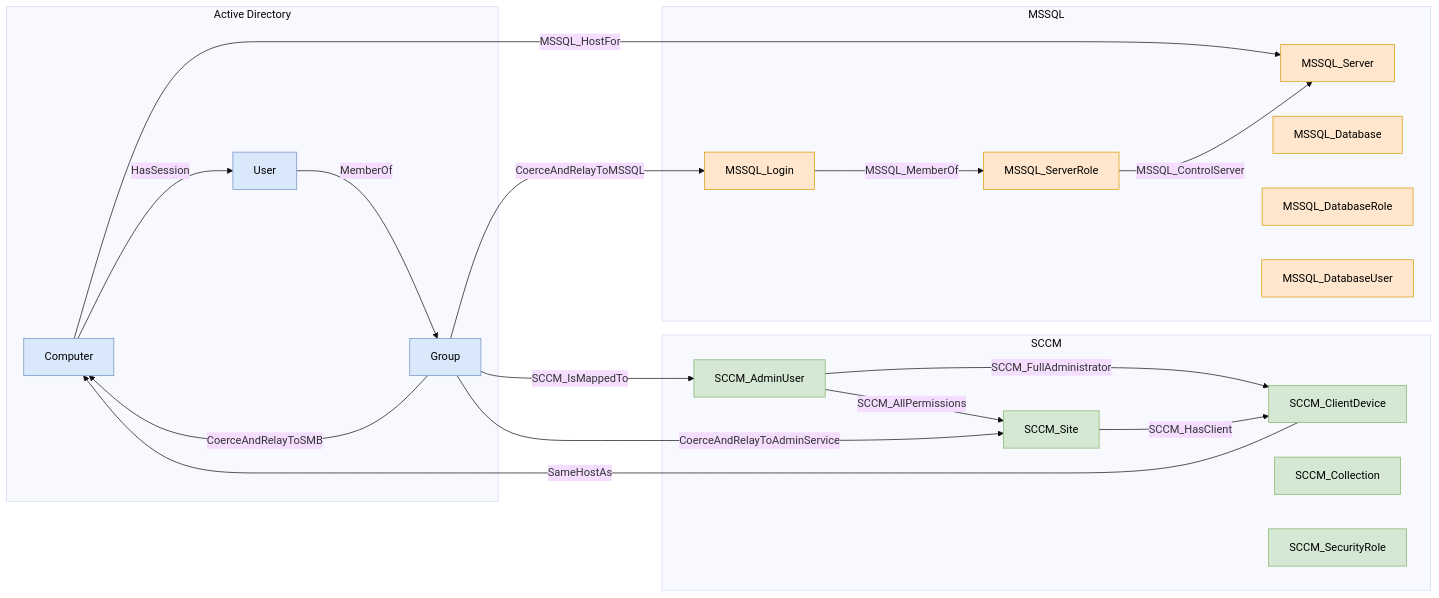
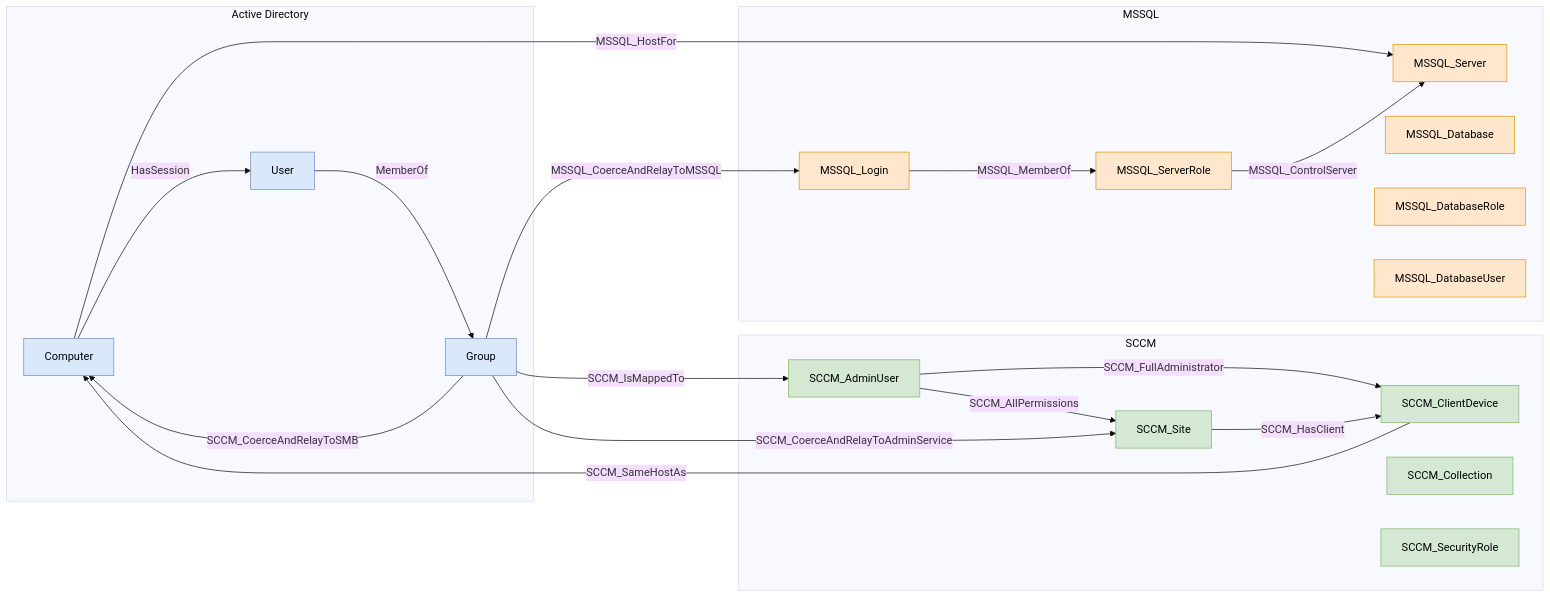
The second of 3 diagrams in sccm/sccm/README.md (Mayyhem/OpenHound), drawn with Mermaid (base theme) before and after one commit. The commit also changed other lines of this file and 60 other files, not shown here.

````diff
--- a/sccm/sccm/README.md
+++ b/sccm/sccm/README.md
@@ -527,43 +528,43 @@
 ```mermaid
 flowchart LR
     subgraph AD["Active Directory"]
         Computer
         User
         Group
     end
     subgraph SCCM["SCCM"]
         SCCM_Site
         SCCM_ClientDevice
         SCCM_Collection
         SCCM_AdminUser
         SCCM_SecurityRole
     end
     subgraph MSSQL["MSSQL"]
         MSSQL_Server
         MSSQL_Database
         MSSQL_Login
         MSSQL_ServerRole
         MSSQL_DatabaseRole
         MSSQL_DatabaseUser
     end
     User -->|MemberOf| Group
     Computer -->|HasSession| User
     Group -->|SCCM_IsMappedTo| SCCM_AdminUser
     SCCM_AdminUser -->|SCCM_FullAdministrator| SCCM_ClientDevice
     SCCM_AdminUser -->|SCCM_AllPermissions| SCCM_Site
     SCCM_Site -->|SCCM_HasClient| SCCM_ClientDevice
-    SCCM_ClientDevice -->|SameHostAs| Computer
+    SCCM_ClientDevice -->|SCCM_SameHostAs| Computer
     Computer -->|MSSQL_HostFor| MSSQL_Server
     MSSQL_Login -->|MSSQL_MemberOf| MSSQL_ServerRole
     MSSQL_ServerRole -->|MSSQL_ControlServer| MSSQL_Server
-    Group -->|CoerceAndRelayToAdminService| SCCM_Site
-    Group -->|CoerceAndRelayToMSSQL| MSSQL_Login
-    Group -->|CoerceAndRelayToSMB| Computer
+    Group -->|SCCM_CoerceAndRelayToAdminService| SCCM_Site
+    Group -->|MSSQL_CoerceAndRelayToMSSQL| MSSQL_Login
+    Group -->|SCCM_CoerceAndRelayToSMB| Computer
 
     classDef ad fill:#dae8fc,stroke:#6c8ebf,color:#000;
     classDef sccm fill:#d5e8d4,stroke:#82b366,color:#000;
     classDef mssql fill:#ffe6cc,stroke:#d79b00,color:#000;
     class Computer,User,Group ad;
     class SCCM_Site,SCCM_ClientDevice,SCCM_Collection,SCCM_AdminUser,SCCM_SecurityRole sccm;
     class MSSQL_Server,MSSQL_Database,MSSQL_ServerRole,MSSQL_DatabaseRole,MSSQL_Login,MSSQL_DatabaseUser mssql;
 ```
````
